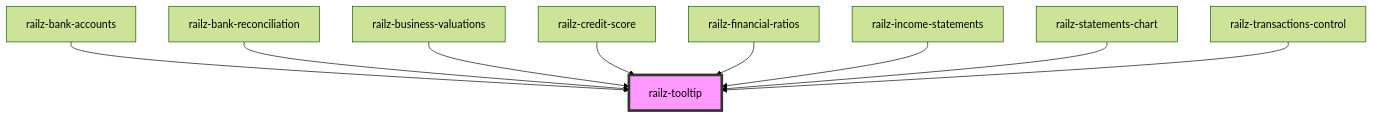
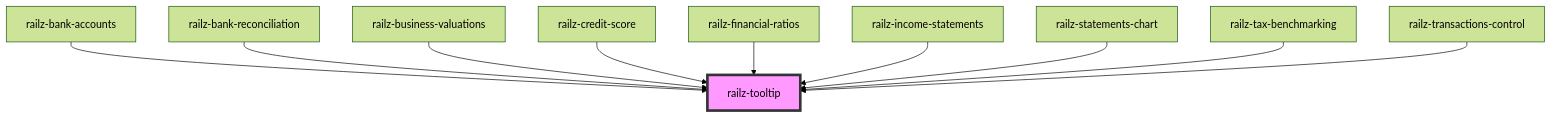
Before and after one commit to railz-ai/railz-visualizations: the diagram in packages/components/src/elements/tooltip/readme.md, drawn with Mermaid (forest theme). The commit also changed other lines of this file and 21 other files, not shown here.

Commit message:
RLZ-3582 tax benchmarking report in visualization - created new component for tax benchmarking

````diff
--- a/packages/components/src/elements/tooltip/readme.md
+++ b/packages/components/src/elements/tooltip/readme.md
@@ -28,12 +29,13 @@
 ```mermaid
 graph TD;
   railz-bank-accounts --> railz-tooltip
   railz-bank-reconciliation --> railz-tooltip
   railz-business-valuations --> railz-tooltip
   railz-credit-score --> railz-tooltip
   railz-financial-ratios --> railz-tooltip
   railz-income-statements --> railz-tooltip
   railz-statements-chart --> railz-tooltip
+  railz-tax-benchmarking --> railz-tooltip
   railz-transactions-control --> railz-tooltip
   style railz-tooltip fill:#f9f,stroke:#333,stroke-width:4px
 ```
````
